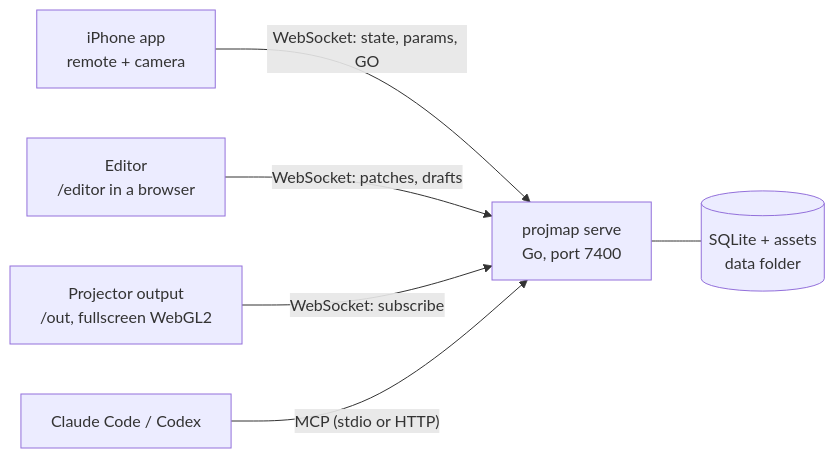
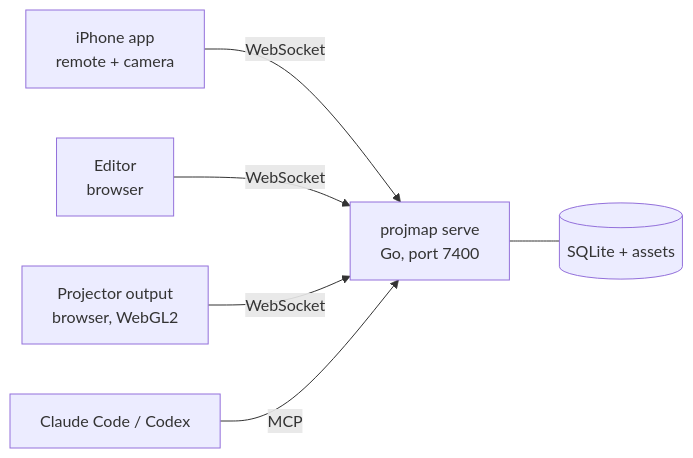
One commit to brushknight/projector-mapping changed the diagram in README.md. Above: the diagram before and after it, drawn with Mermaid. The commit also changed other lines of this file and 3 other files, not shown here.

````diff
--- a/README.md
+++ b/README.md
@@ -34,8 +55,8 @@
 ```mermaid
 flowchart LR
-  PH["iPhone app<br/>remote + camera"] -- "WebSocket: state, params, GO" --> S
-  ED["Editor<br/>/editor in a browser"] -- "WebSocket: patches, drafts" --> S
-  OUT["Projector output<br/>/out, fullscreen WebGL2"] -- "WebSocket: subscribe" --> S
-  AG["Claude Code / Codex"] -- "MCP (stdio or HTTP)" --> S
-  S["projmap serve<br/>Go, port 7400"] --- DB[("SQLite + assets<br/>data folder")]
+  PH["iPhone app<br/>remote + camera"] -- "WebSocket" --> S
+  ED["Editor<br/>browser"] -- "WebSocket" --> S
+  OUT["Projector output<br/>browser, WebGL2"] -- "WebSocket" --> S
+  AG["Claude Code / Codex"] -- "MCP" --> S
+  S["projmap serve<br/>Go, port 7400"] --- DB[("SQLite + assets")]
 ```
````
